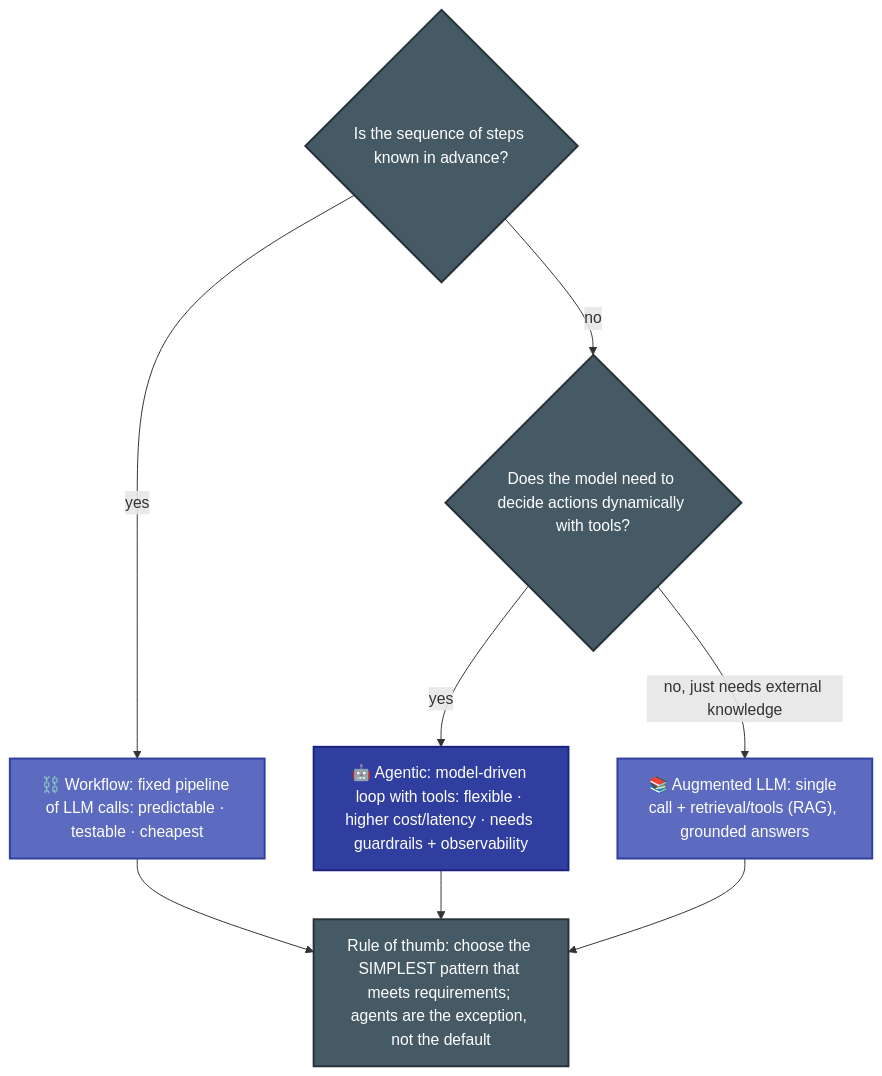
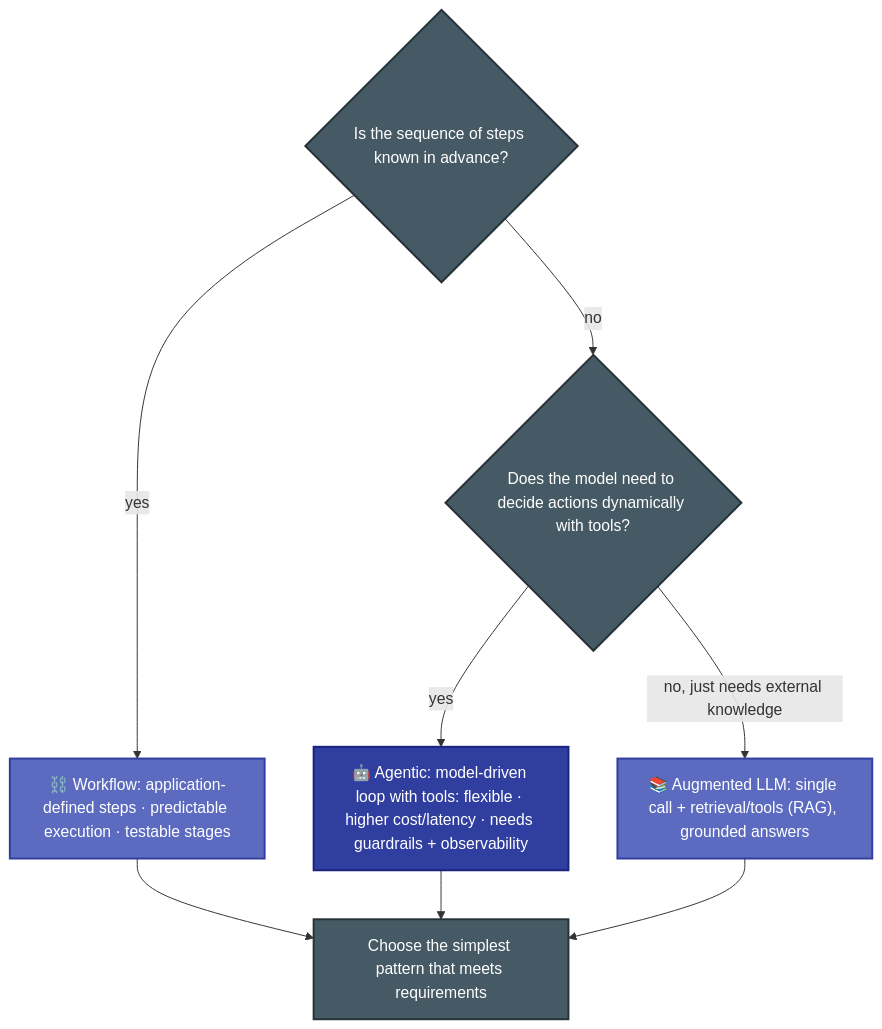
The second of 3 diagrams in CCA-P/domains/d1-solution-design.md (parmar-m/claude-architect-certification-prep), drawn with Mermaid before and after one commit. The commit also changed other lines of this file and 6 other files, not shown here.

````diff
--- a/CCA-P/domains/d1-solution-design.md
+++ b/CCA-P/domains/d1-solution-design.md
@@ -32,16 +34,16 @@
 ```mermaid
 flowchart TD
-    Q{"Is the sequence of steps known in advance?"} -- yes --> W["⛓️ Workflow: fixed pipeline of LLM calls: predictable · testable · cheapest"]
+    Q{"Is the sequence of steps known in advance?"} -- yes --> W["⛓️ Workflow: application-defined steps · predictable execution · testable stages"]
     Q -- no --> Q2{"Does the model need to decide actions dynamically with tools?"}
     Q2 -- yes --> A["🤖 Agentic: model-driven loop with tools: flexible · higher cost/latency · needs guardrails + observability"]
     Q2 -- "no, just needs external knowledge" --> AL["📚 Augmented LLM: single call + retrieval/tools (RAG), grounded answers"]
-    W --> RULE["Rule of thumb: choose the SIMPLEST pattern that meets requirements; agents are the exception, not the default"]
+    W --> RULE["Choose the simplest pattern that meets requirements"]
     A --> RULE
     AL --> RULE
     classDef w fill:#5C6BC0,color:#fff,stroke:#303F9F,stroke-width:2px
     classDef a fill:#303F9F,color:#fff,stroke:#1A237E,stroke-width:2px
     classDef n fill:#455A64,color:#fff,stroke:#263238,stroke-width:2px
     class W,AL w
     class A a
     class Q,Q2,RULE n
 ```
````
